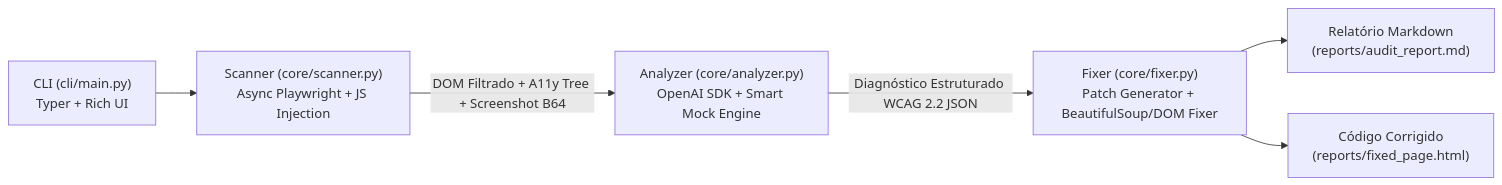
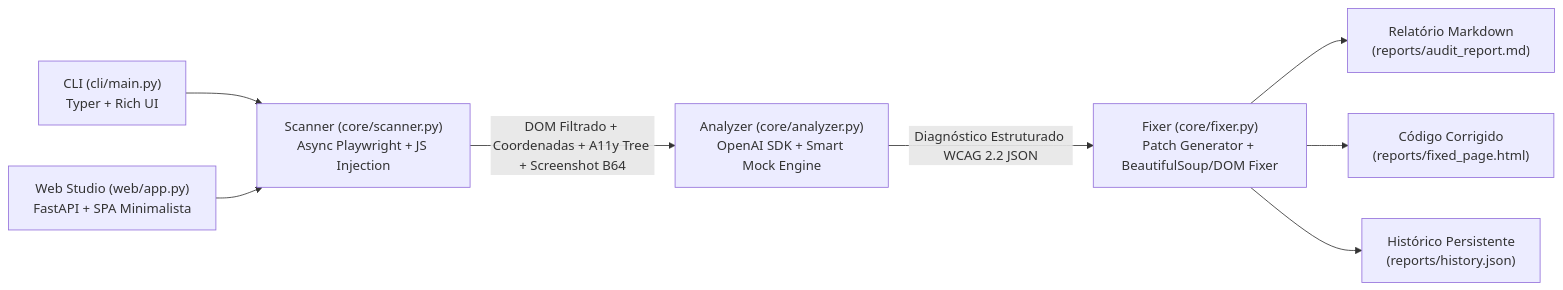
Before and after one commit to risolex/Accessibility-Radar: the diagram in design.md, drawn with Mermaid. The commit also changed other lines of this file and 10 other files, not shown here.

````diff
--- a/design.md
+++ b/design.md
@@ -13,8 +14,10 @@
 ```mermaid
 flowchart LR
     CLI["CLI (cli/main.py)\nTyper + Rich UI"] --> Scanner["Scanner (core/scanner.py)\nAsync Playwright + JS Injection"]
-    Scanner -->|DOM Filtrado + A11y Tree + Screenshot B64| Analyzer["Analyzer (core/analyzer.py)\nOpenAI SDK + Smart Mock Engine"]
+    WebUI["Web Studio (web/app.py)\nFastAPI + SPA Minimalista"] --> Scanner
+    Scanner -->|DOM Filtrado + Coordenadas + A11y Tree + Screenshot B64| Analyzer["Analyzer (core/analyzer.py)\nOpenAI SDK + Smart Mock Engine"]
     Analyzer -->|Diagnóstico Estruturado WCAG 2.2 JSON| Fixer["Fixer (core/fixer.py)\nPatch Generator + BeautifulSoup/DOM Fixer"]
     Fixer --> Report["Relatório Markdown\n(reports/audit_report.md)"]
     Fixer --> PatchedHTML["Código Corrigido\n(reports/fixed_page.html)"]
+    Fixer --> History["Histórico Persistente\n(reports/history.json)"]
 ```
````
